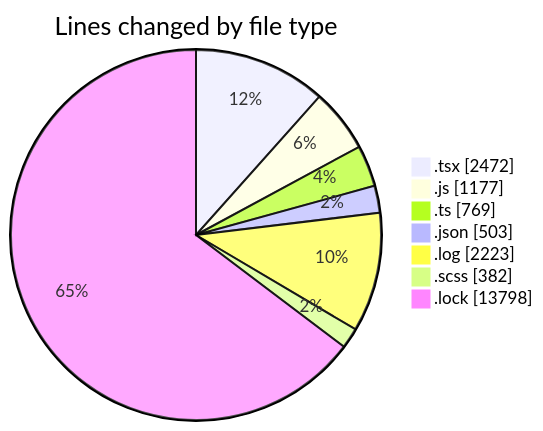
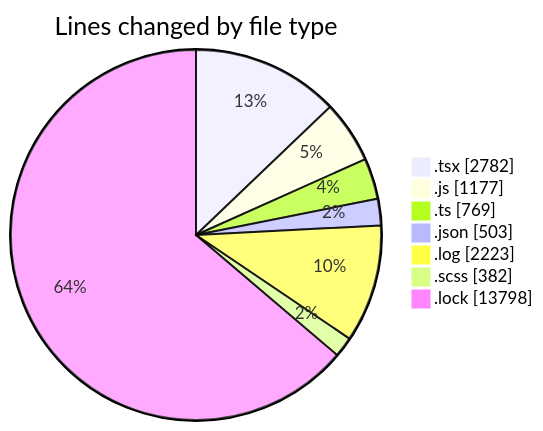
Before and after one commit to momahboobian/code-tracking: the first of 2 diagrams in 2026-04-17/cda/README.md, drawn with Mermaid. The commit also changed other lines of this file and 1 other file, not shown here.

````diff
--- a/2026-04-17/cda/README.md
+++ b/2026-04-17/cda/README.md
@@ -49,11 +50,11 @@
 ```mermaid
 pie showData
 title Lines changed by file type
-".tsx" : 2472
+".tsx" : 2782
 ".js" : 1177
 ".ts" : 769
 ".json" : 503
 ".log" : 2223
 ".scss" : 382
 ".lock" : 13798
 ```
````
